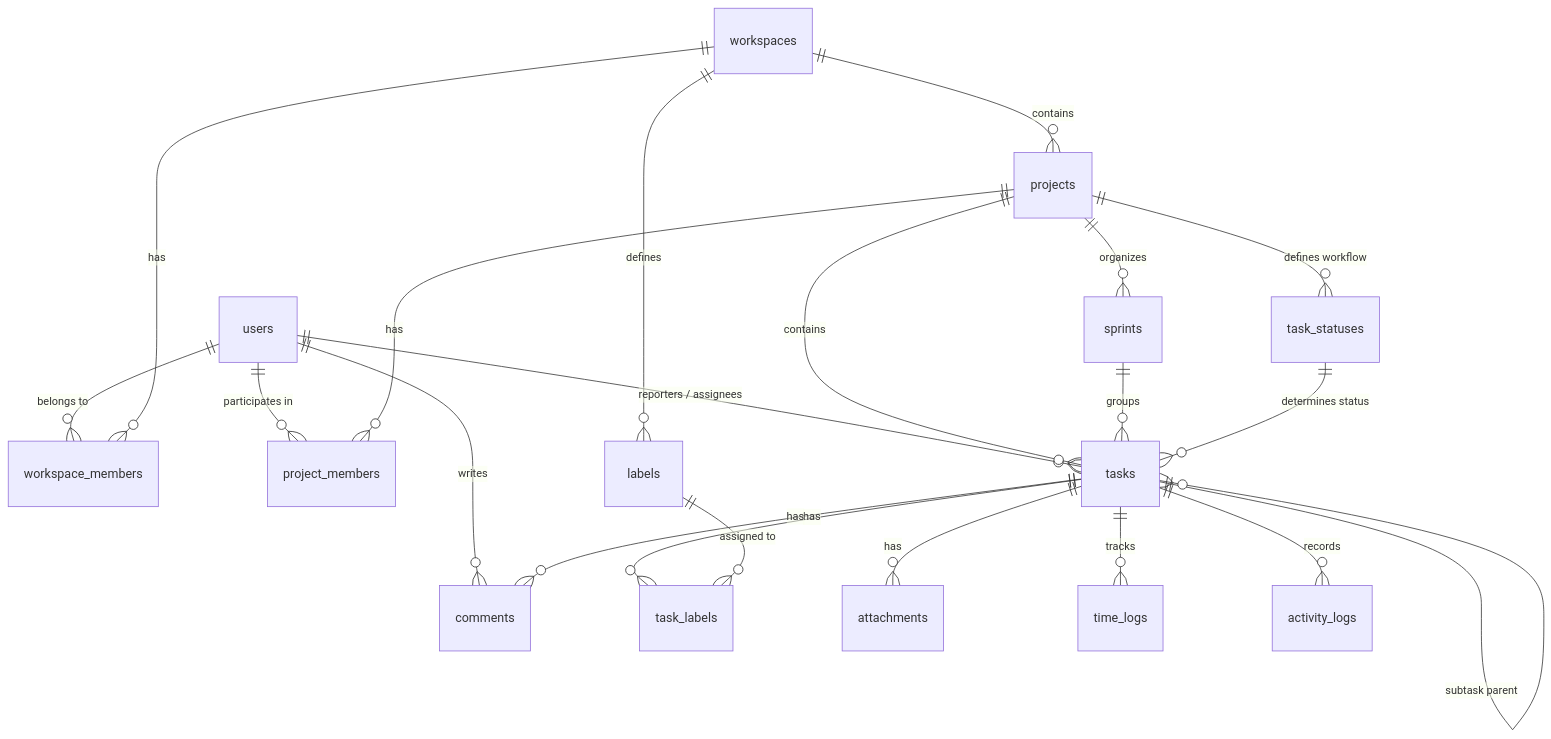
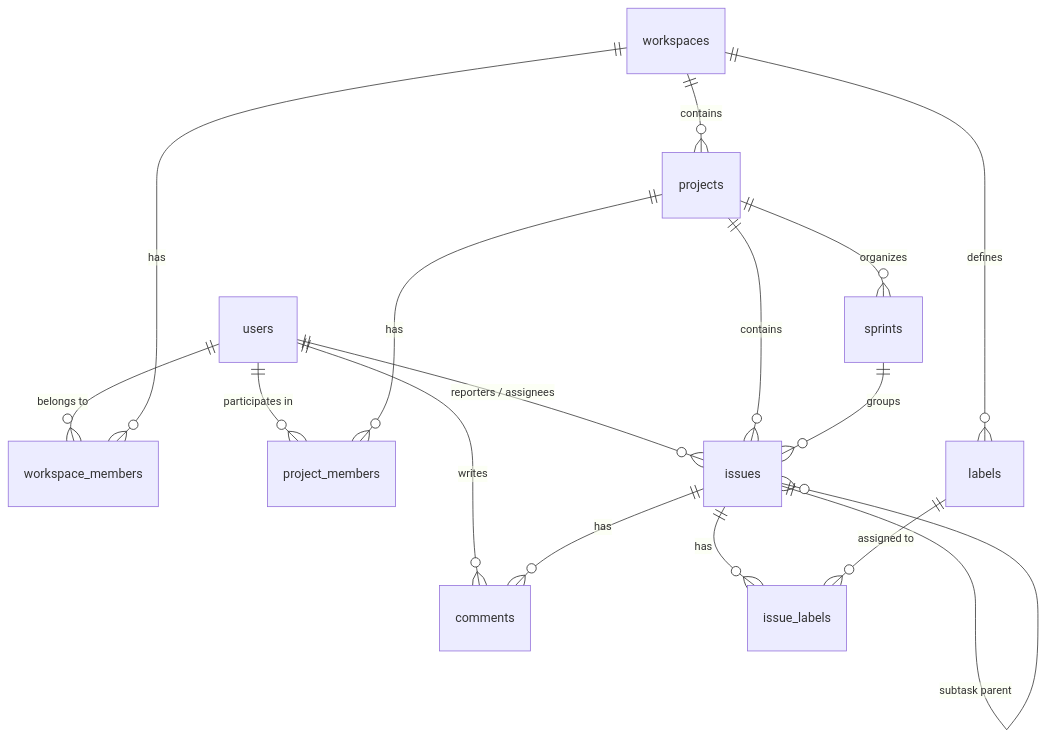
The diagram in docs/database_design.md (hdhq1504/project-management), drawn with Mermaid before and after one commit. The commit also changed other lines of this file and 1 other file, not shown here.

Commit message:
feat(database): align schema contract and types with issue domain

````diff
--- a/docs/database_design.md
+++ b/docs/database_design.md
@@ -22,28 +22,22 @@
 ```mermaid
 erDiagram
     users ||--o{ workspace_members : "belongs to"
     users ||--o{ project_members : "participates in"
-    users ||--o{ tasks : "reporters / assignees"
+    users ||--o{ issues : "reporters / assignees"
     users ||--o{ comments : "writes"
 
     workspaces ||--o{ workspace_members : "has"
     workspaces ||--o{ projects : "contains"
     workspaces ||--o{ labels : "defines"
 
     projects ||--o{ project_members : "has"
     projects ||--o{ sprints : "organizes"
-    projects ||--o{ task_statuses : "defines workflow"
-    projects ||--o{ tasks : "contains"
+    projects ||--o{ issues : "contains"
 
-    sprints ||--o{ tasks : "groups"
+    sprints ||--o{ issues : "groups"
 
-    task_statuses ||--o{ tasks : "determines status"
-
-    tasks ||--o{ tasks : "subtask parent"
-    tasks ||--o{ task_labels : "has"
-    labels ||--o{ task_labels : "assigned to"
-    tasks ||--o{ comments : "has"
-    tasks ||--o{ attachments : "has"
-    tasks ||--o{ time_logs : "tracks"
-    tasks ||--o{ activity_logs : "records"
+    issues ||--o{ issues : "subtask parent"
+    issues ||--o{ issue_labels : "has"
+    labels ||--o{ issue_labels : "assigned to"
+    issues ||--o{ comments : "has"
 ```
````
